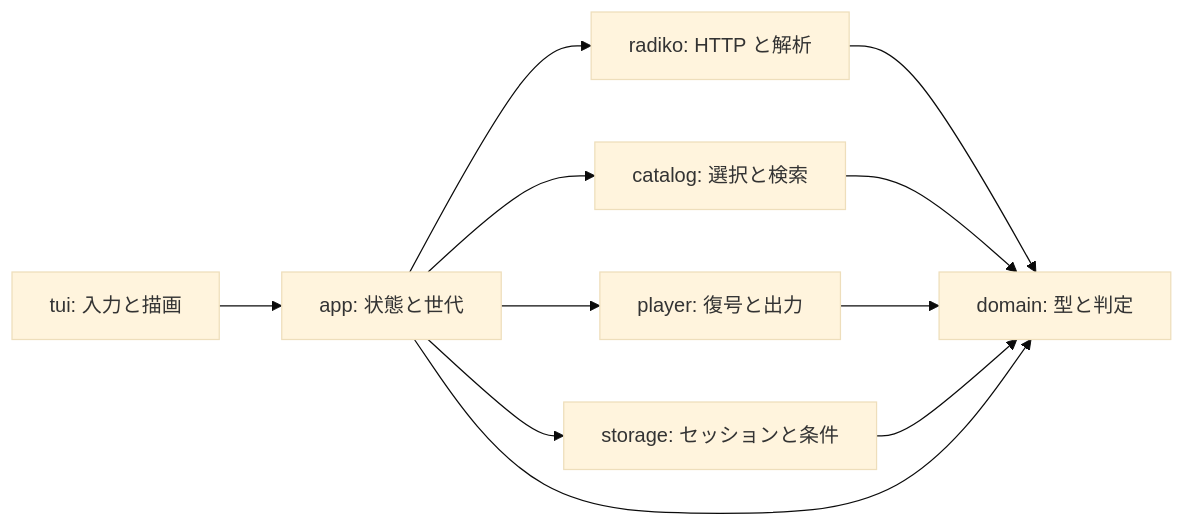
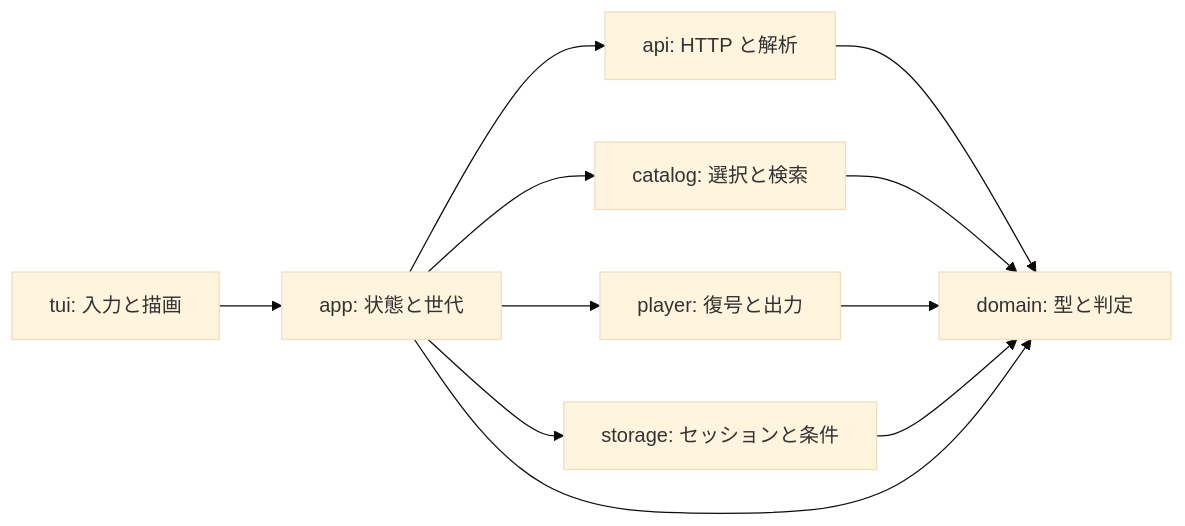
One commit to yanmakazuki/radiko-client changed the diagram in docs/architecture.md. Above: the diagram before and after it, drawn with Mermaid (base theme). The commit also changed other lines of this file and 113 other files, not shown here.

````diff
--- a/docs/architecture.md
+++ b/docs/architecture.md
@@ -9,13 +9,13 @@
 ```mermaid
 flowchart LR
     TUI[tui: 入力と描画] --> APP[app: 状態と世代]
     APP --> CAT[catalog: 選択と検索]
-    APP --> RAD[radiko: HTTP と解析]
+    APP --> API[api: HTTP と解析]
     APP --> PLAYER[player: 復号と出力]
     APP --> STORE[storage: セッションと条件]
-    RAD --> DOMAIN[domain: 型と判定]
+    API --> DOMAIN[domain: 型と判定]
     CAT --> DOMAIN
     PLAYER --> DOMAIN
     STORE --> DOMAIN
     APP --> DOMAIN
 ```
````
